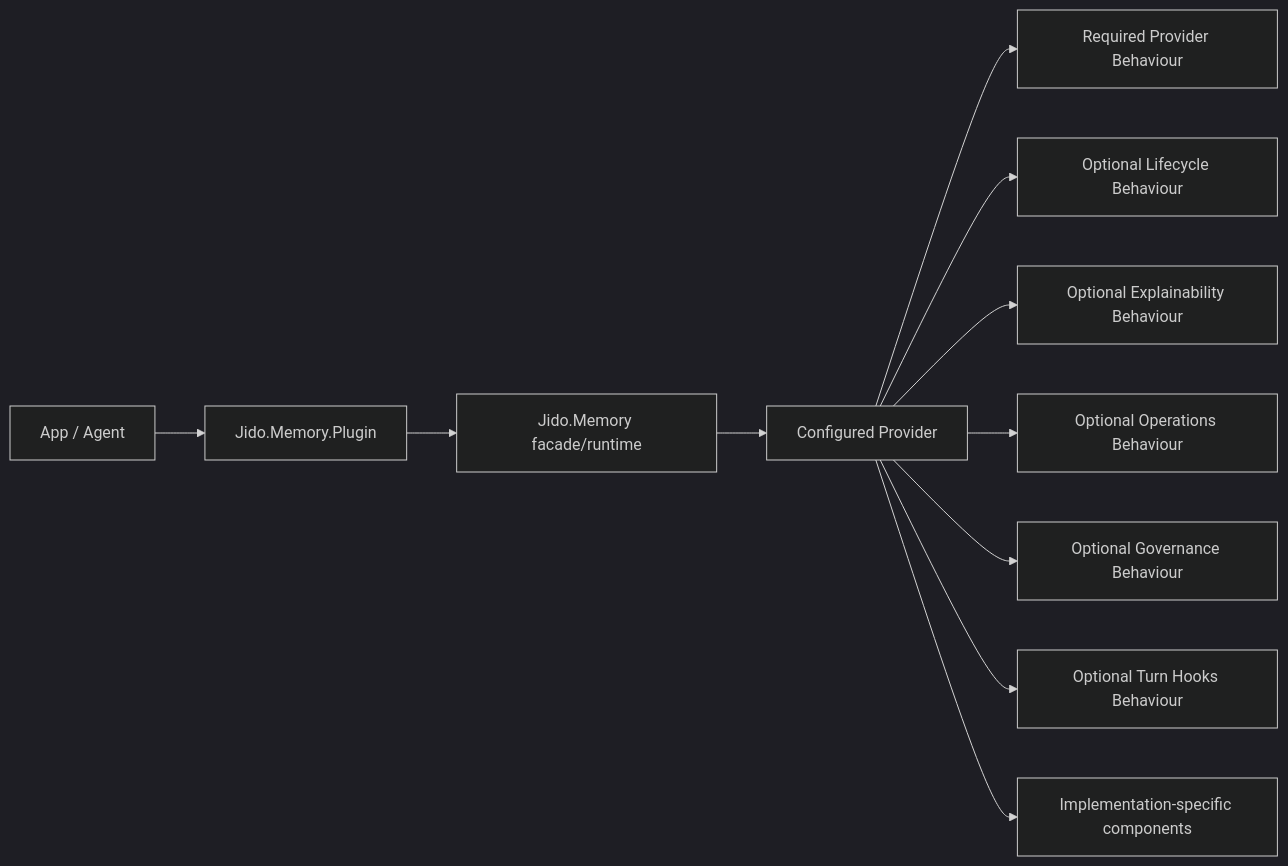
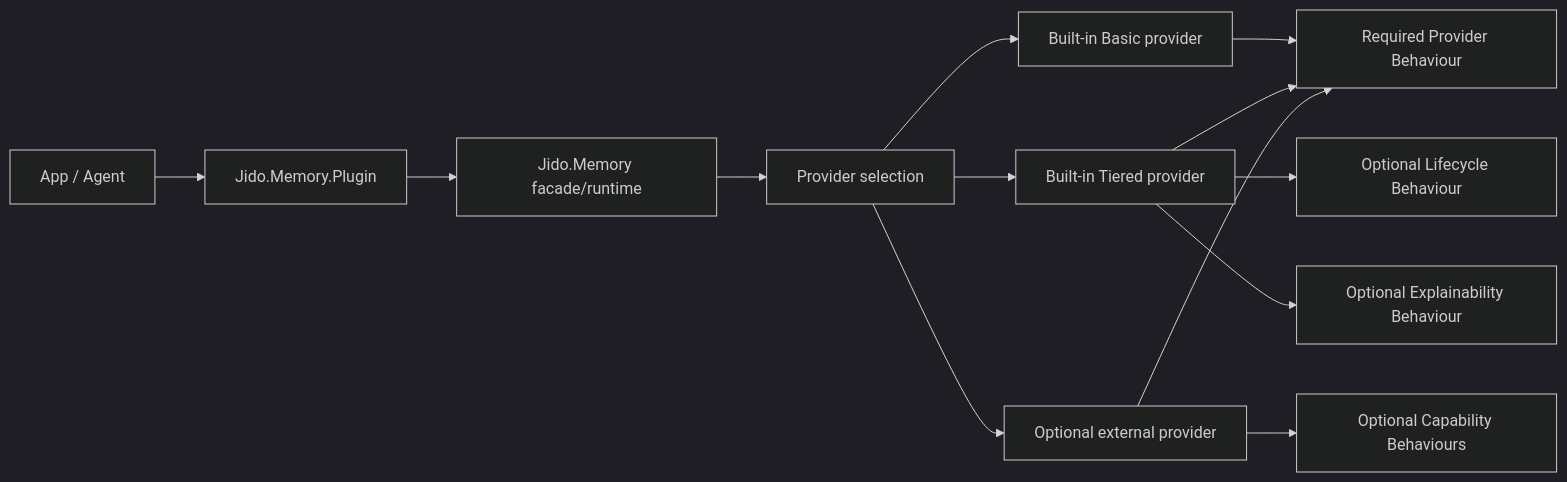
Before and after one commit to agentjido/jido_memory: the diagram in docs/rfcs/0001-canonical-memory-provider-architecture.md, drawn with Mermaid (dark theme). The commit also changed other lines of this file and 11 other files, not shown here.

Commit message:
docs: re-scope provider architecture around built-in tiered provider

````diff
--- a/docs/rfcs/0001-canonical-memory-provider-architecture.md
+++ b/docs/rfcs/0001-canonical-memory-provider-architecture.md
@@ -131,15 +142,18 @@
 ```mermaid
 flowchart LR
     App["App / Agent"] --> Plugin["Jido.Memory.Plugin"]
     Plugin --> Facade["Jido.Memory facade/runtime"]
-    Facade --> Provider["Configured Provider"]
+    Facade --> Selector["Provider selection"]
 
-    Provider --> Core["Required Provider Behaviour"]
-    Provider --> Cap1["Optional Lifecycle Behaviour"]
-    Provider --> Cap2["Optional Explainability Behaviour"]
-    Provider --> Cap3["Optional Operations Behaviour"]
-    Provider --> Cap4["Optional Governance Behaviour"]
-    Provider --> Cap5["Optional Turn Hooks Behaviour"]
+    Selector --> Basic["Built-in Basic provider"]
+    Selector --> Tiered["Built-in Tiered provider"]
+    Selector --> External["Optional external provider"]
 
-    Provider --> Impl["Implementation-specific components"]
+    Basic --> Core["Required Provider Behaviour"]
+    Tiered --> Core
+    External --> Core
+
+    Tiered --> Cap1["Optional Lifecycle Behaviour"]
+    Tiered --> Cap2["Optional Explainability Behaviour"]
+    External --> Cap3["Optional Capability Behaviours"]
 ```
````
